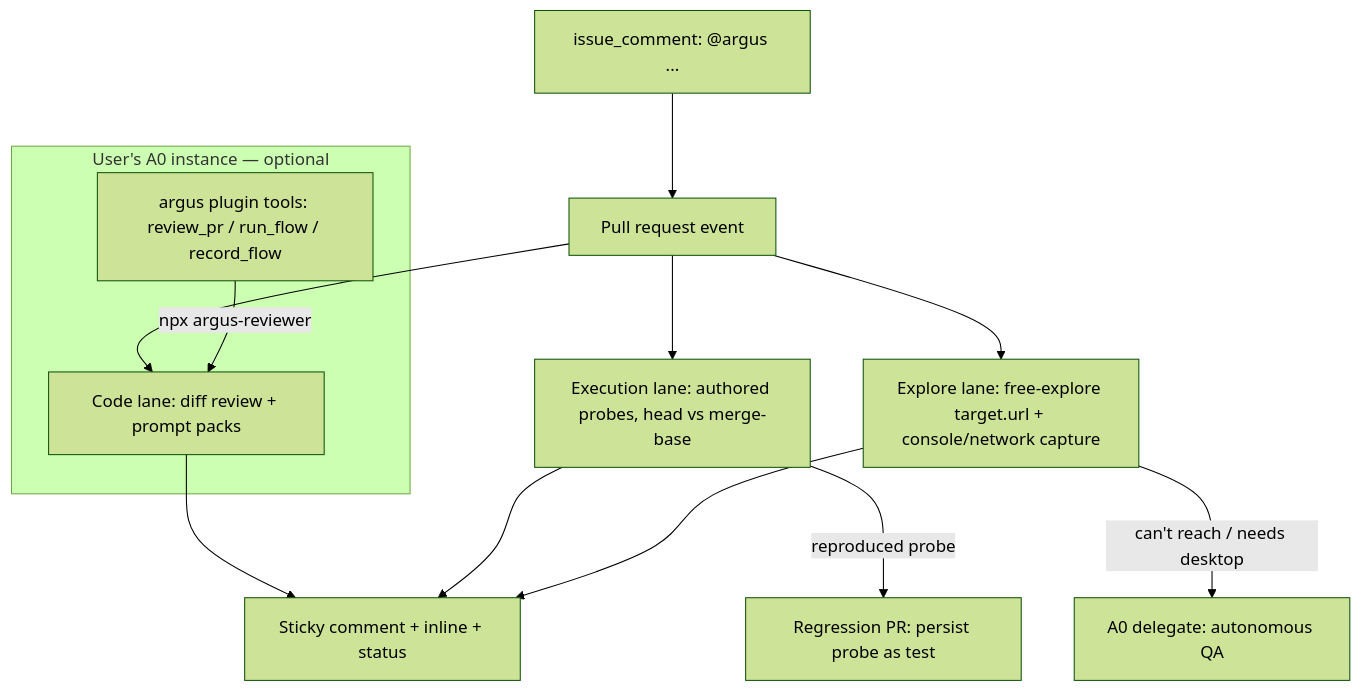
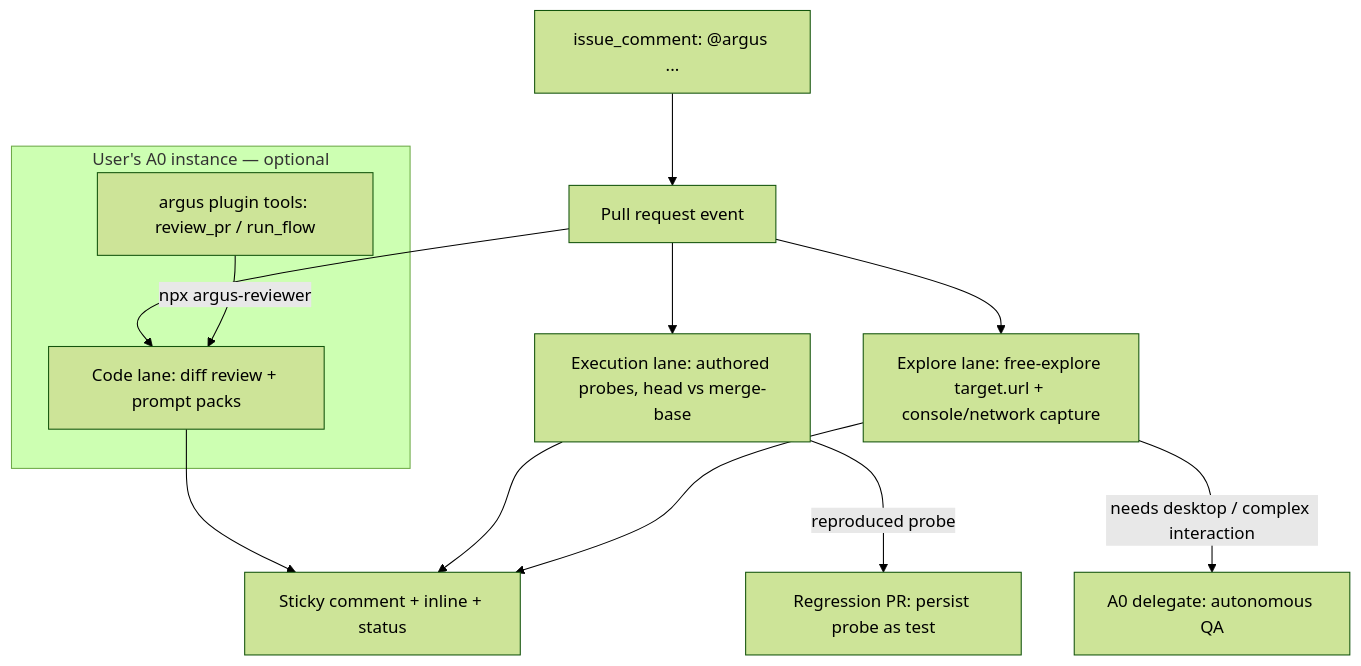
The diagram in docs/plans/2026-09-16-001-feat-full-reviewer-roadmap-plan.md (duketopceo/Argus), drawn with Mermaid (forest theme) before and after one commit. The commit also changed other lines of this file and 17 other files, not shown here.

````diff
--- a/docs/plans/2026-09-16-001-feat-full-reviewer-roadmap-plan.md
+++ b/docs/plans/2026-09-16-001-feat-full-reviewer-roadmap-plan.md
@@ -101,17 +103,17 @@
 ```mermaid
 flowchart TB
   PR[Pull request event] --> CR[Code lane: diff review + prompt packs]
   PR --> EX[Execution lane: authored probes, head vs merge-base]
   PR --> XP[Explore lane: free-explore target.url + console/network capture]
-  XP -->|can't reach / needs desktop| A0[A0 delegate: autonomous QA]
+  XP -->|needs desktop / complex interaction| A0[A0 delegate: autonomous QA]
   CR --> OUT[Sticky comment + inline + status]
   EX --> OUT
   XP --> OUT
   EX -->|reproduced probe| RT[Regression PR: persist probe as test]
   CMT[issue_comment: @argus ...] --> PR
 
   subgraph A0 instance [User's A0 instance — optional]
-    A0P[argus plugin tools: review_pr / run_flow / record_flow]
+    A0P[argus plugin tools: review_pr / run_flow]
     A0P -->|npx argus-reviewer| CR
   end
 ```
````
